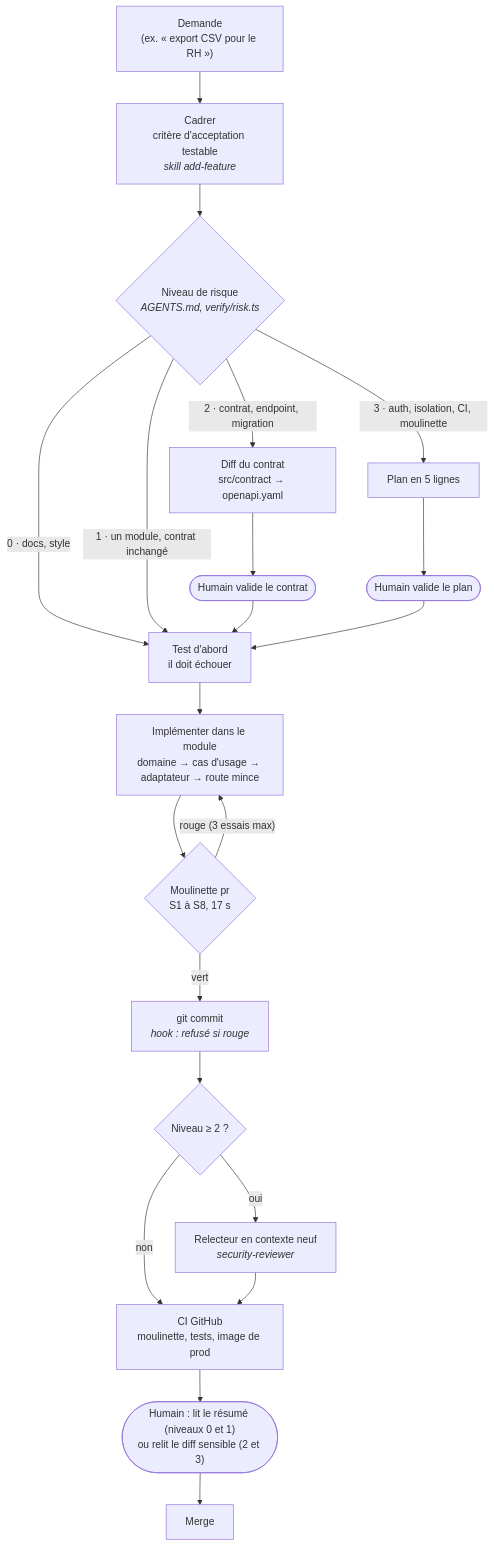
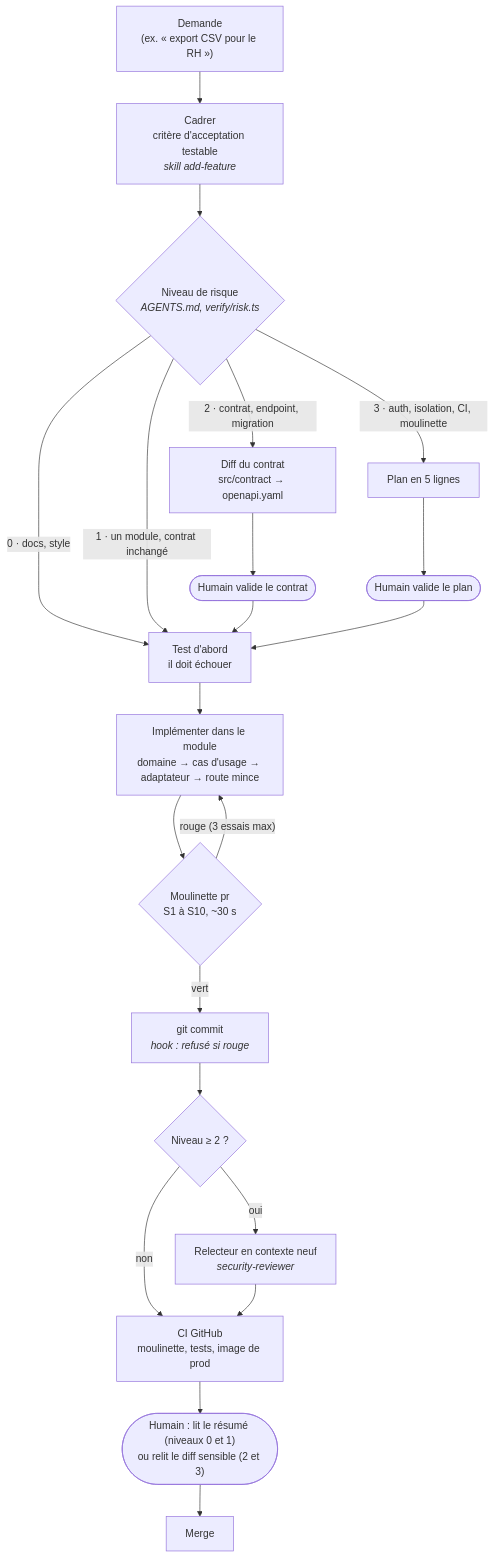
One commit to 3-Istor/expense-io changed the diagram in docs/workflow.md. Above: the diagram before and after it, drawn with Mermaid. The commit also changed other lines of this file and 27 other files, not shown here.

````diff
--- a/docs/workflow.md
+++ b/docs/workflow.md
@@ -6,25 +7,25 @@
 ```mermaid
 flowchart TD
     D["Demande<br/>(ex. « export CSV pour le RH »)"] --> C["Cadrer<br/>critère d'acceptation testable<br/><i>skill add-feature</i>"]
     C --> R{"Niveau de risque<br/><i>AGENTS.md, verify/risk.ts</i>"}
 
     R -- "0 · docs, style" --> T
     R -- "1 · un module, contrat inchangé" --> T
     R -- "2 · contrat, endpoint, migration" --> K["Diff du contrat<br/>src/contract → openapi.yaml"]
     R -- "3 · auth, isolation, CI, moulinette" --> P["Plan en 5 lignes"]
     K --> H2(["Humain valide le contrat"])
     P --> H3(["Humain valide le plan"])
     H2 --> T
     H3 --> T
 
     T["Test d'abord<br/>il doit échouer"] --> I["Implémenter dans le module<br/>domaine → cas d'usage → adaptateur → route mince"]
-    I --> V{"Moulinette pr<br/>S1 à S8, 17 s"}
+    I --> V{"Moulinette pr<br/>S1 à S10, ~30 s"}
     V -- "rouge (3 essais max)" --> I
     V -- vert --> G["git commit<br/><i>hook : refusé si rouge</i>"]
     G --> RV{"Niveau ≥ 2 ?"}
     RV -- oui --> SR["Relecteur en contexte neuf<br/><i>security-reviewer</i>"]
     RV -- non --> CI
     SR --> CI["CI GitHub<br/>moulinette, tests, image de prod"]
     CI --> HR(["Humain : lit le résumé (niveaux 0 et 1)<br/>ou relit le diff sensible (2 et 3)"])
     HR --> M["Merge"]
 ```
````
